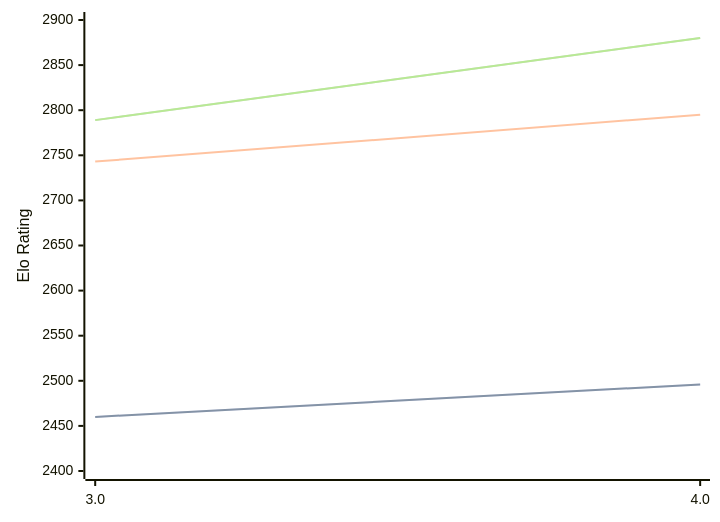
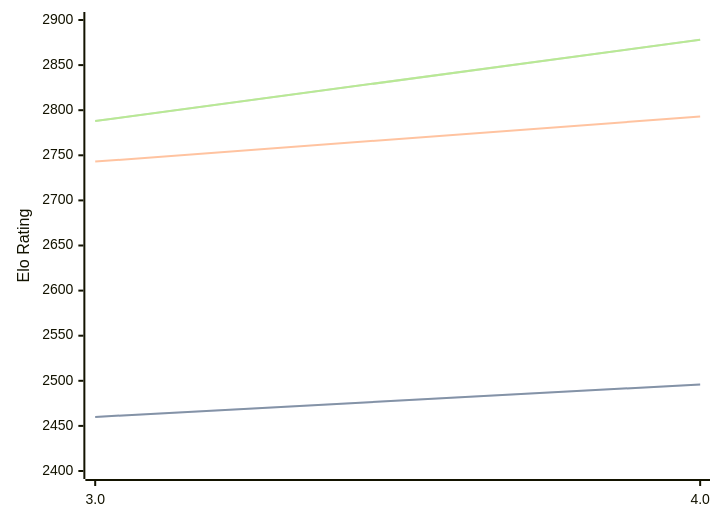
One commit to computer-chess-index/cci changed the third of 3 diagrams in engines/Chess3.md. Above: the diagram before and after it, drawn with Mermaid. The commit also changed other lines of this file, not shown here.

Commit message:
Update CCI Ratings (ELO VLTC) - 2026-06-27

````diff
--- a/engines/Chess3.md
+++ b/engines/Chess3.md
@@ -67,11 +67,11 @@
 ```mermaid
 %%{init: {"theme":"base","themeVariables":{"seriesColors:['#a3a3a3','#222221','#faa371']}}}%%
 xychart-beta
   x-axis ["3.0", "4.0"]
   y-axis "Elo Rating" 2400 --> 2900
   line "STC (8.0+0.08s)" [2460, 2496]
   line "STC (8.0+0.08s)" [2460, 2496]
-  line "LTC (60.0+0.60s)" [2743, 2795]
-  line "VLTC (2m24s+1.12s)" [2789, 2880]
-  line "VLTC (2m24s+1.12s)" [2789, 2880]
+  line "LTC (60.0+0.60s)" [2743, 2793]
+  line "VLTC (2m24s+1.12s)" [2788, 2878]
+  line "VLTC (2m24s+1.12s)" [2788, 2878]
 ```
````
